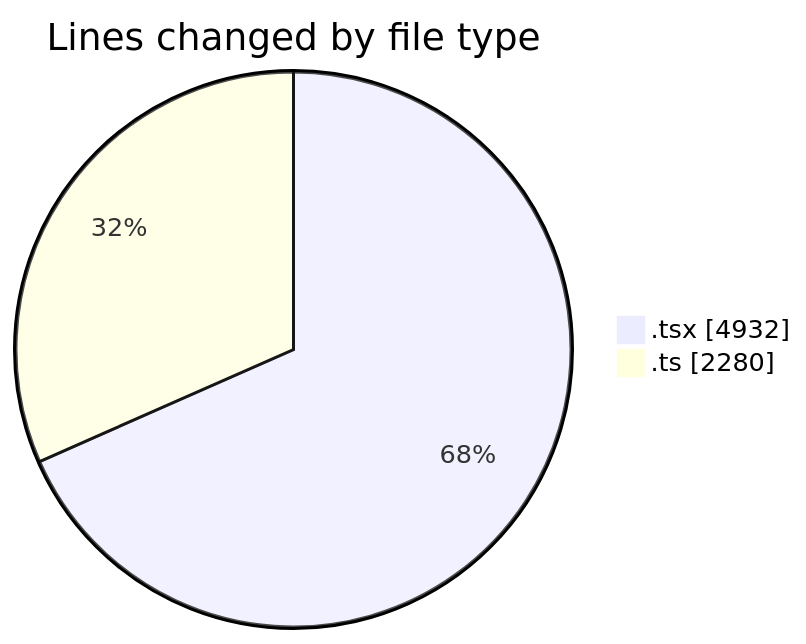
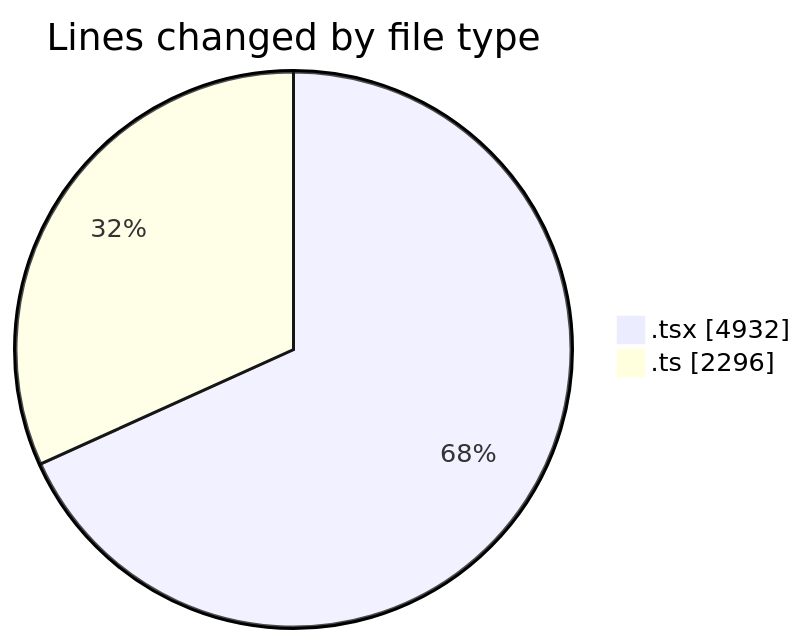
Before and after one commit to nxtqubesakshisongat/code-tracking: the first of 2 diagrams in 2026-02-26/nxtqube_webapp/README.md, drawn with Mermaid. The commit also changed other lines of this file and 1 other file, not shown here.

````diff
--- a/2026-02-26/nxtqube_webapp/README.md
+++ b/2026-02-26/nxtqube_webapp/README.md
@@ -33,6 +33,6 @@
 ```mermaid
 pie showData
 title Lines changed by file type
 ".tsx" : 4932
-".ts" : 2280
+".ts" : 2296
 ```
````
